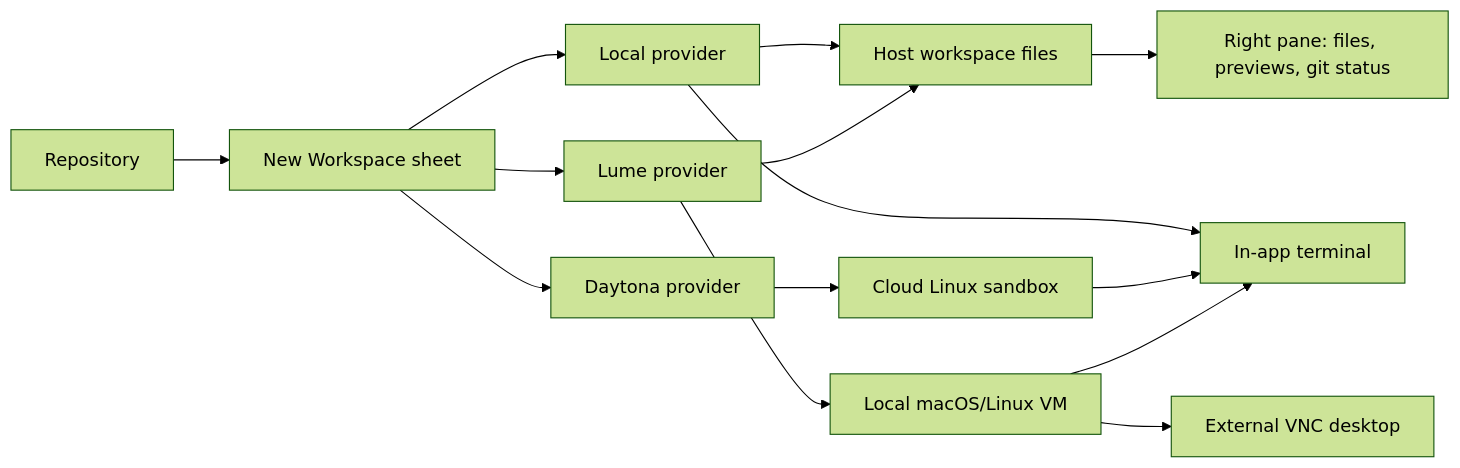
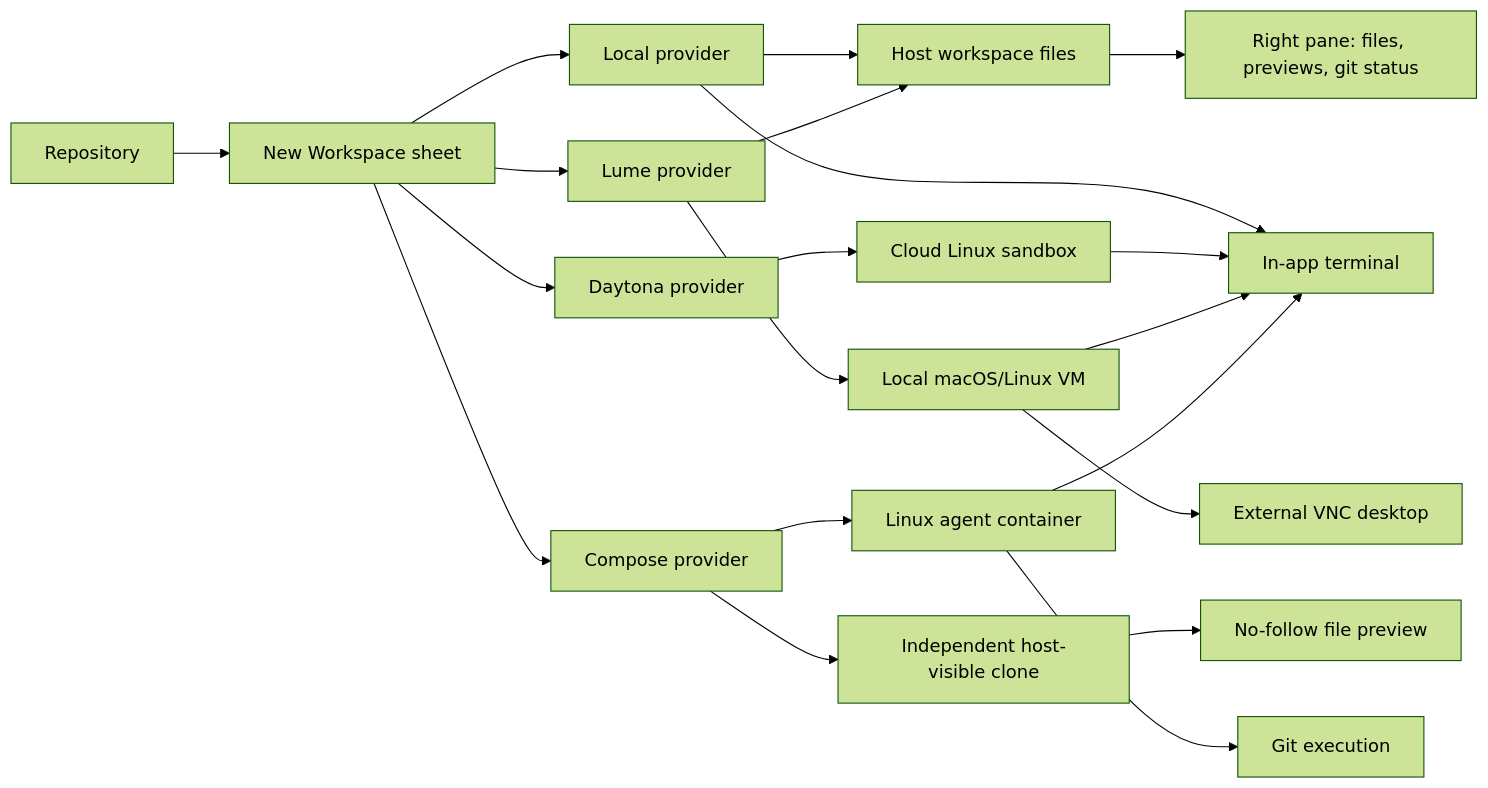
One commit to fairchild/workspaces changed the first of 4 diagrams in docs/vm-provider-architecture.md. Above: the diagram before and after it, drawn with Mermaid (forest theme). The commit also changed other lines of this file and 45 other files, not shown here.

````diff
--- a/docs/vm-provider-architecture.md
+++ b/docs/vm-provider-architecture.md
@@ -38,21 +44,28 @@
 ```mermaid
 flowchart LR
     Repo["Repository"] --> Sheet["New Workspace sheet"]
 
     Sheet --> Local["Local provider"]
     Sheet --> Daytona["Daytona provider"]
     Sheet --> Lume["Lume provider"]
+    Sheet --> Compose["Compose provider"]
 
     Local --> HostFiles["Host workspace files"]
     Local --> Terminal["In-app terminal"]
 
     Daytona --> CloudSandbox["Cloud Linux sandbox"]
     CloudSandbox --> Terminal
 
     Lume --> HostFiles
     Lume --> LumeVM["Local macOS/Linux VM"]
     LumeVM --> Terminal
     LumeVM --> Desktop["External VNC desktop"]
 
+    Compose --> Clone["Independent host-visible clone"]
+    Compose --> Agent["Linux agent container"]
+    Agent --> Terminal
+    Agent --> GuestGit["Git execution"]
+    Clone --> SafeFiles["No-follow file preview"]
+
     HostFiles --> Inspector["Right pane: files, previews, git status"]
 ```
````
